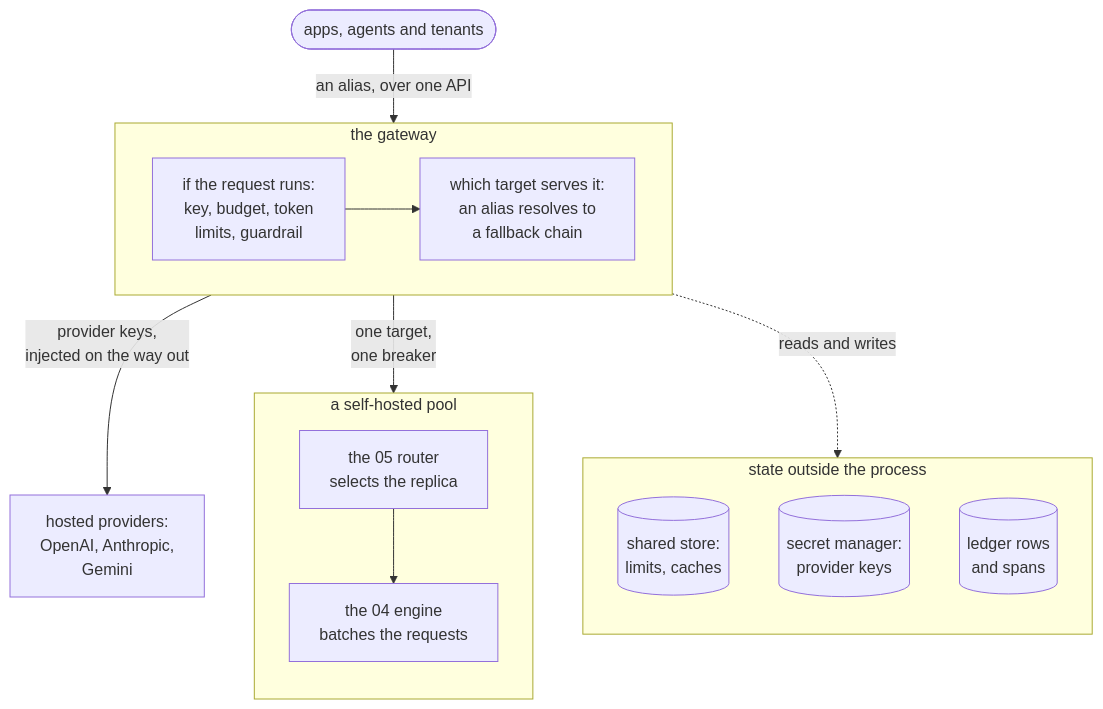
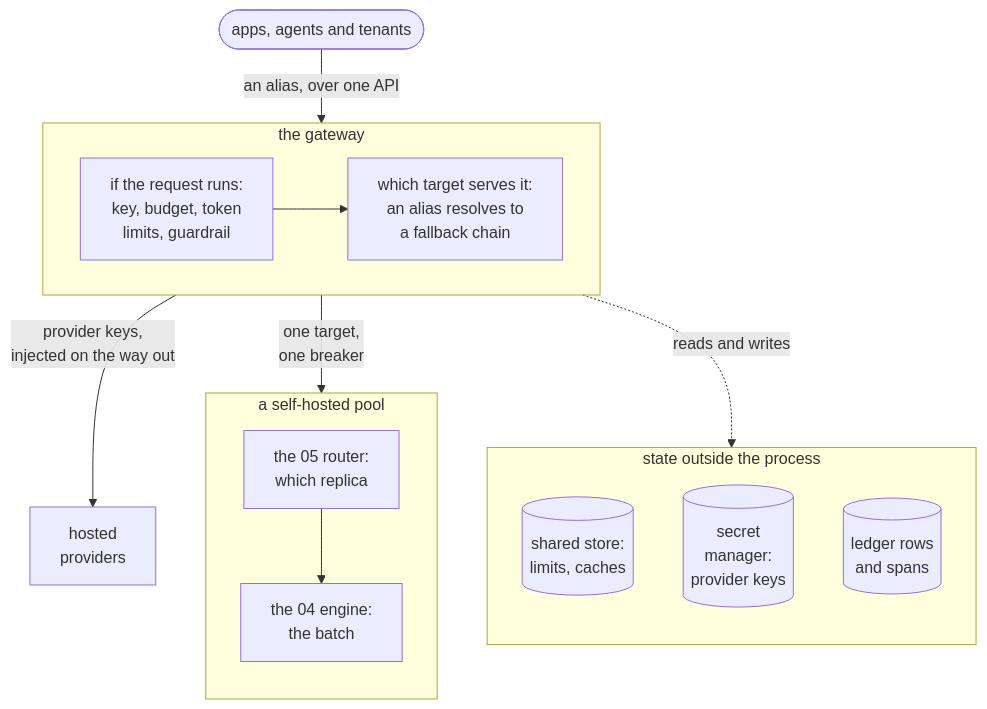
One commit to aniryou/full-stack-agentic-engineer changed the first of 10 diagrams in 06-gateway/llm-gateway/PRIMER.md. Above: the diagram before and after it, drawn with Mermaid. The commit also changed other lines of this file and 211 other files, not shown here.

````diff
--- a/06-gateway/llm-gateway/PRIMER.md
+++ b/06-gateway/llm-gateway/PRIMER.md
@@ -49,21 +49,21 @@
 ```mermaid
 flowchart TB
     APPS(["apps, agents and tenants"]) -- "an alias, over one API" --> GW
     subgraph GW["the gateway"]
         direction LR
         IF["if the request runs:<br/>key, budget, token<br/>limits, guardrail"] --> WHICH["which target serves it:<br/>an alias resolves to<br/>a fallback chain"]
     end
-    GW -- "provider keys,<br/>injected on the way out" --> HOSTED["hosted providers:<br/>OpenAI, Anthropic,<br/>Gemini"]
+    GW -- "provider keys,<br/>injected on the way out" --> HOSTED["hosted<br/>providers"]
     GW -- "one target,<br/>one breaker" --> POOL
     subgraph POOL["a self-hosted pool"]
         direction TB
-        RTR["the 05 router<br/>selects the replica"] --> ENG["the 04 engine<br/>batches the requests"]
+        RTR["the 05 router:<br/>which replica"] --> ENG["the 04 engine:<br/>the batch"]
     end
     GW -. "reads and writes" .-> STATE
     subgraph STATE["state outside the process"]
         direction TB
         STORE[("shared store:<br/>limits, caches")]
-        SECRETS[("secret manager:<br/>provider keys")]
+        SECRETS[("secret<br/>manager:<br/>provider keys")]
         LEDGER[("ledger rows<br/>and spans")]
     end
 ```
````
